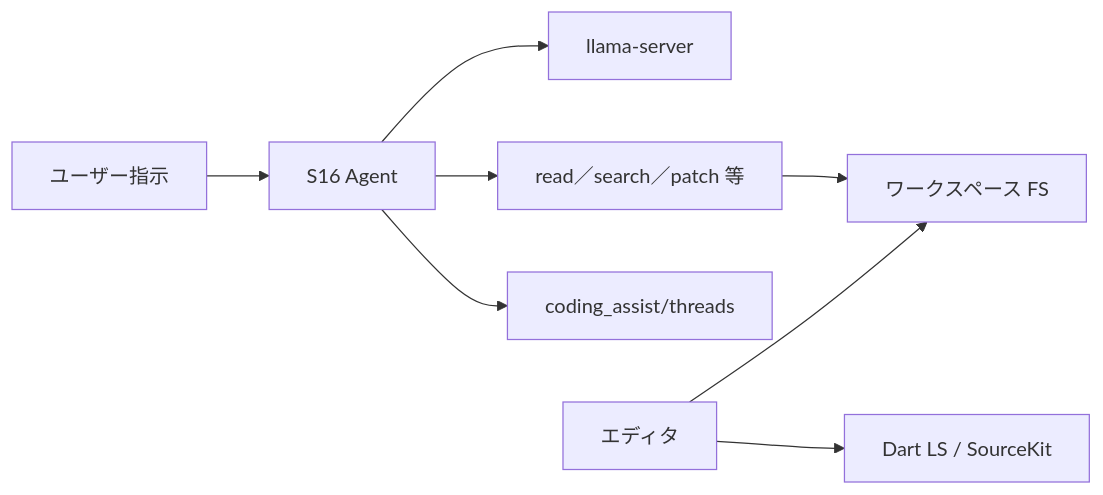
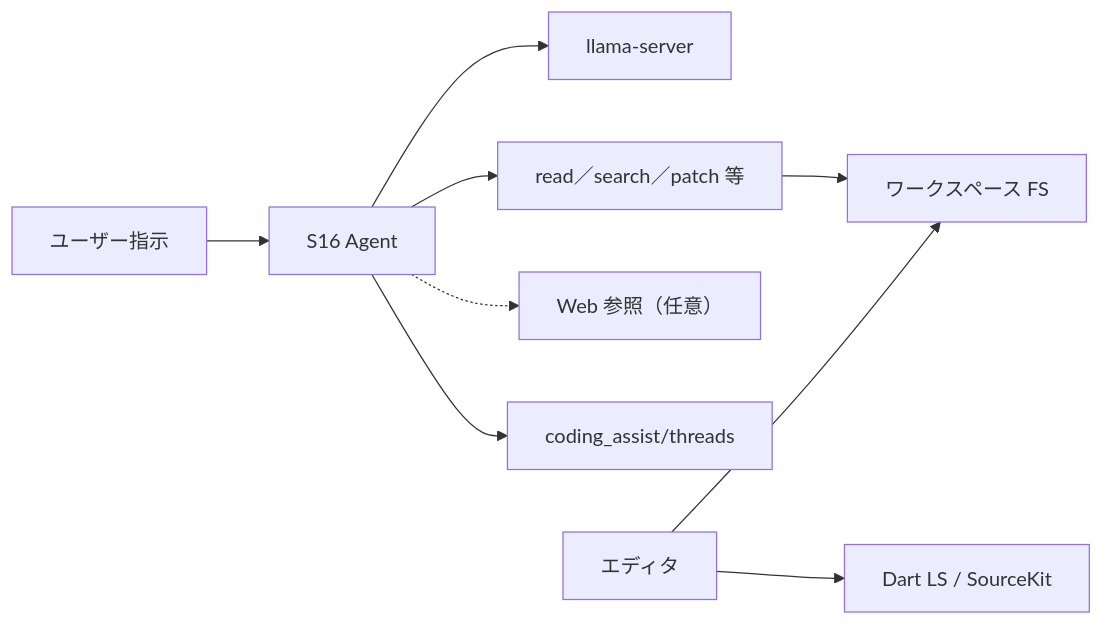
One commit to eda-mame-saya/lmcode changed the second of 2 diagrams in document/基本設計/01_システム構成.md. Above: the diagram before and after it, drawn with Mermaid. The commit also changed other lines of this file and 46 other files, not shown here.

````diff
--- a/document/基本設計/01_システム構成.md
+++ b/document/基本設計/01_システム構成.md
@@ -92,10 +98,11 @@
 ```mermaid
 flowchart LR
   User["ユーザー指示"] --> Agent["S16 Agent"]
   Agent --> LLM["llama-server"]
   Agent --> Tools["read／search／patch 等"]
+  Agent -.-> Ref["Web 参照（任意）"]
   Tools --> WS["ワークスペース FS"]
   Agent --> Hist["coding_assist/threads"]
   Editor["エディタ"] --> WS
   Editor --> LS["Dart LS / SourceKit"]
 ```
````
